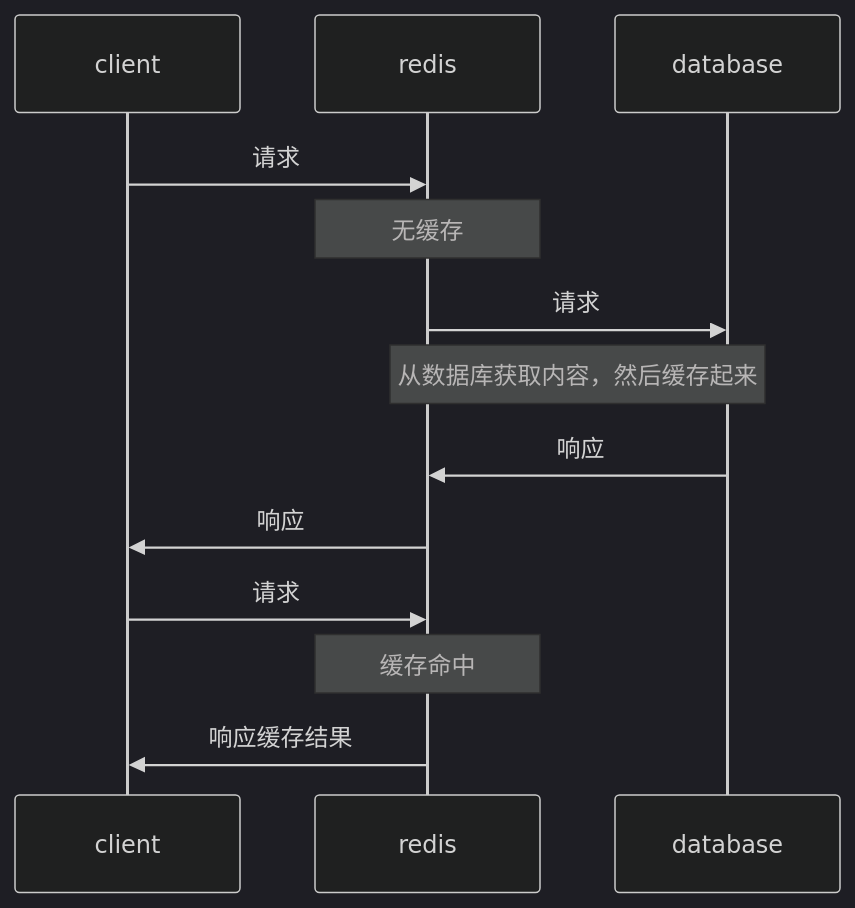
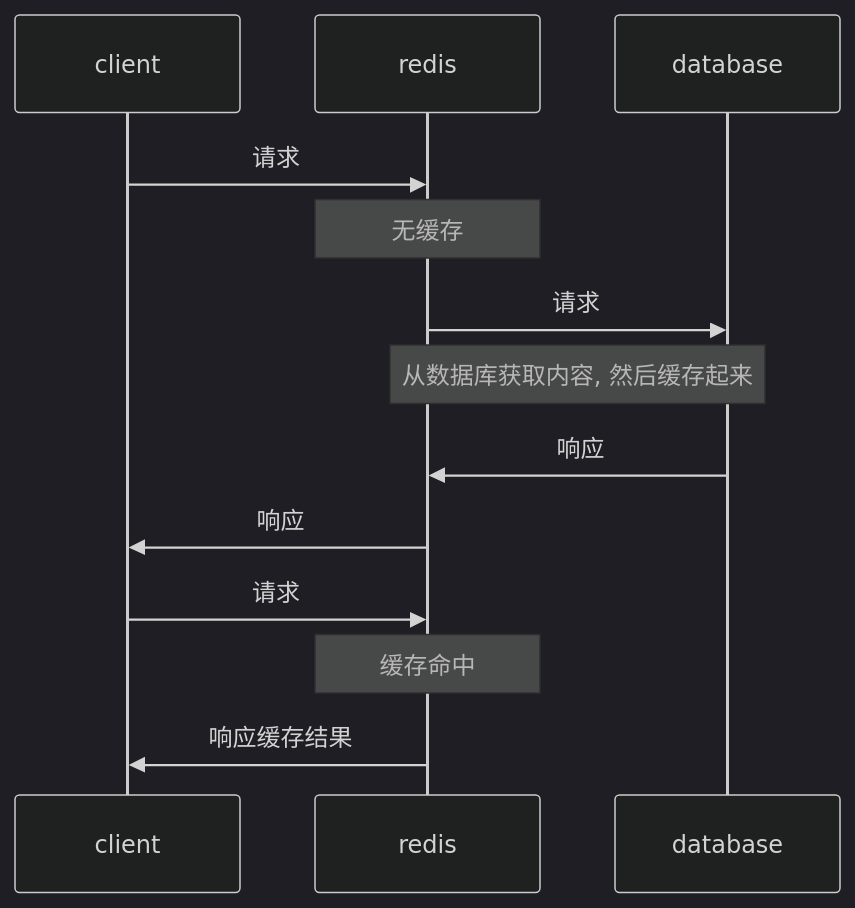
The second of 2 diagrams in BackEnd/Redis/01. Redis 简介.md (1689851268/note), drawn with Mermaid (dark theme) before and after one commit. The commit also changed other lines of this file and 410 other files, not shown here.

````diff
--- a/BackEnd/Redis/01. Redis 简介.md
+++ b/BackEnd/Redis/01. Redis 简介.md
@@ -37,12 +37,12 @@
 ```mermaid
 sequenceDiagram
 client->>redis: 请求
 note over redis: 无缓存
 redis->>database: 请求
-note over redis, database: 从数据库获取内容，然后缓存起来
+note over redis, database: 从数据库获取内容, 然后缓存起来
 database->>redis: 响应
 redis->>client: 响应
 client->>redis: 请求
 note over redis: 缓存命中
 redis->>client: 响应缓存结果
 ```
````
